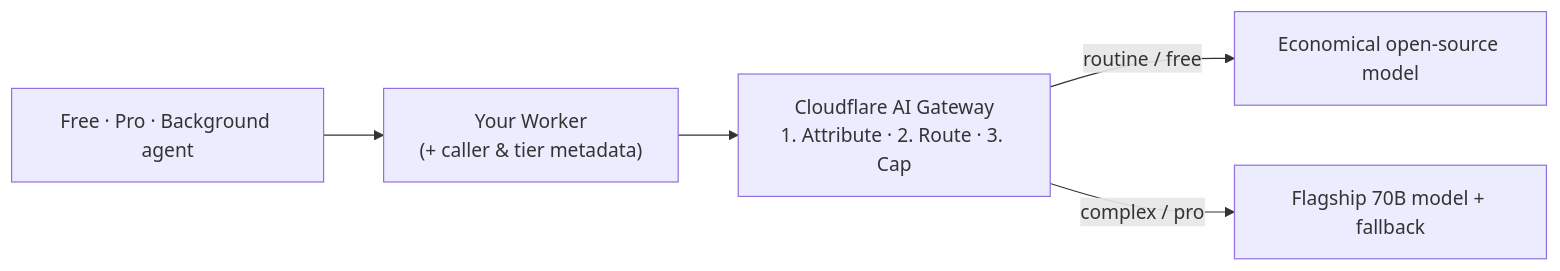
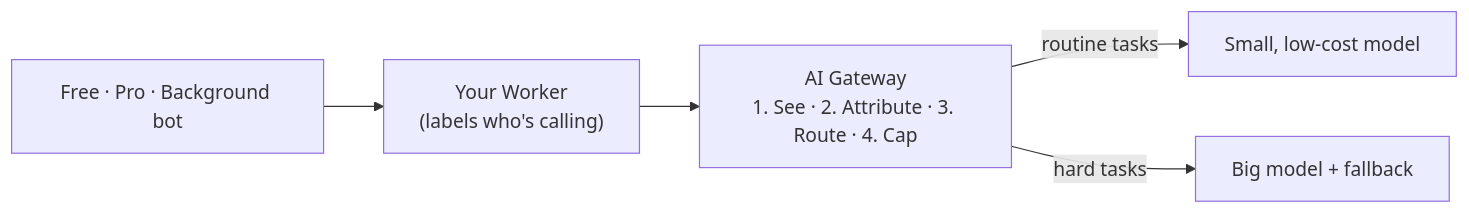
The diagram in courses/projects/see-and-control-ai-spend/COURSE.md (agentschools/cfdev.school), drawn with Mermaid before and after one commit. The commit also changed other lines of this file and 6 other files, not shown here.

````diff
--- a/courses/projects/see-and-control-ai-spend/COURSE.md
+++ b/courses/projects/see-and-control-ai-spend/COURSE.md
@@ -15,7 +15,7 @@
 ```mermaid
 flowchart LR
-  Callers["Free · Pro · Background agent"] --> Worker["Your Worker\n(+ caller & tier metadata)"]
-  Worker --> Gateway["Cloudflare AI Gateway\n1. Attribute · 2. Route · 3. Cap"]
-  Gateway -->|"routine / free"| Fast["Economical open-source model"]
-  Gateway -->|"complex / pro"| Flagship["Flagship 70B model + fallback"]
+  Callers["Free · Pro · Background bot"] --> Worker["Your Worker\n(labels who's calling)"]
+  Worker --> Gateway["AI Gateway\n1. See · 2. Attribute · 3. Route · 4. Cap"]
+  Gateway -->|"routine tasks"| Small["Small, low-cost model"]
+  Gateway -->|"hard tasks"| Big["Big model + fallback"]
 ```
````
